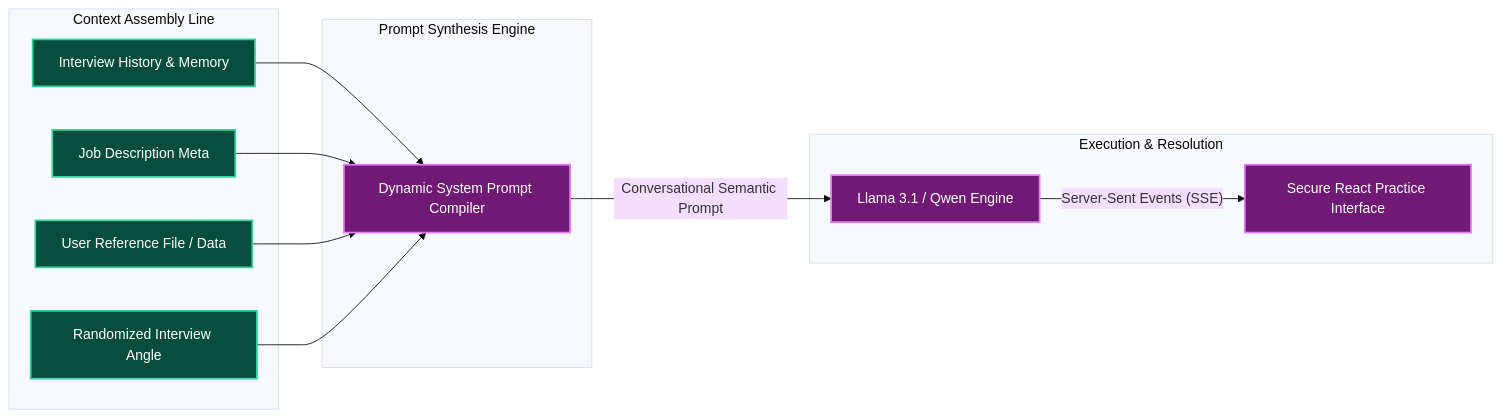
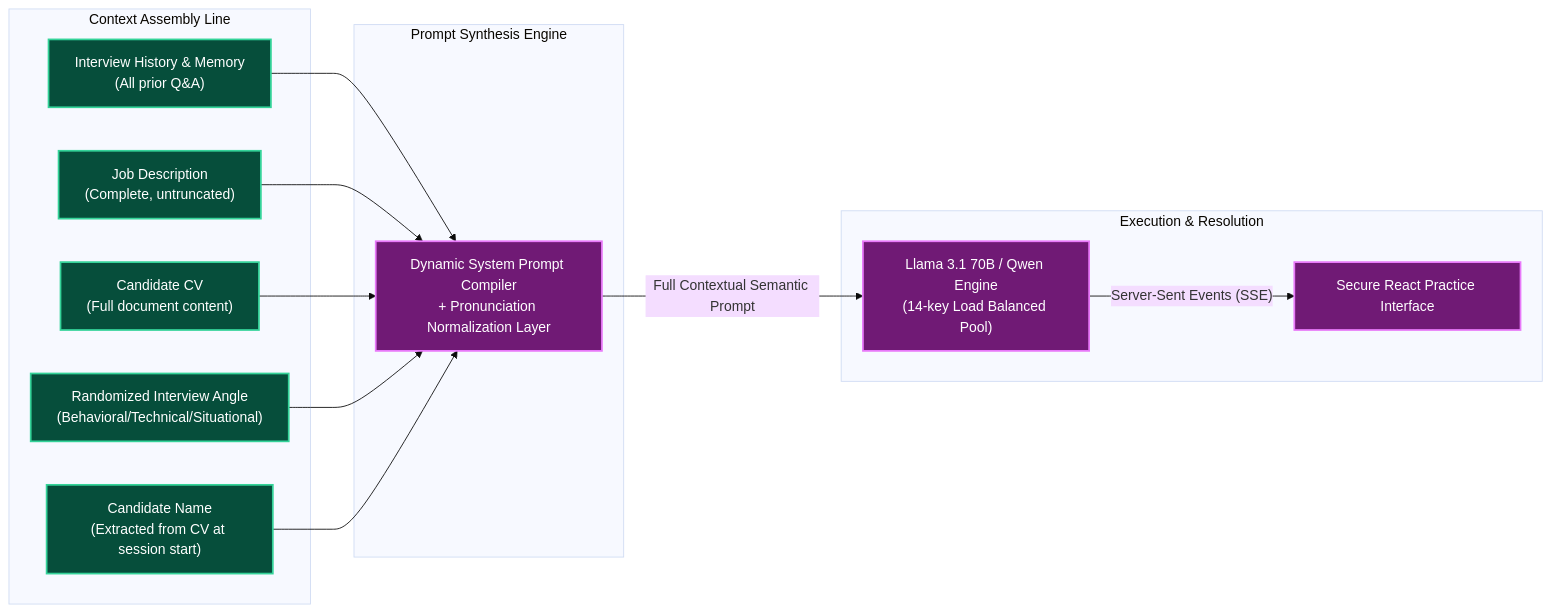
The fifth of 8 diagrams in README.md (ziademad02153/ZEDX-AI-Assistant), drawn with Mermaid (base theme) before and after one commit. The commit also changed other lines of this file, not shown here.

Commit message:
docs: Comprehensive README update with TTS routing, load balancing, and audio pipeline architecture

````diff
--- a/README.md
+++ b/README.md
@@ -129,30 +227,32 @@
 ```mermaid
 graph LR
     subgraph ContextAssemblyLine ["Context Assembly Line"]
-        HISTORY["Interview History & Memory"]
-        JD["Job Description Meta"]
-        RESUME["User Reference File / Data"]
-        ANGLE["Randomized Interview Angle"]
+        HISTORY["Interview History & Memory\n(All prior Q&A)"]
+        JD["Job Description\n(Complete, untruncated)"]
+        RESUME["Candidate CV\n(Full document content)"]
+        ANGLE["Randomized Interview Angle\n(Behavioral/Technical/Situational)"]
+        NAME["Candidate Name\n(Extracted from CV at session start)"]
     end
 
     subgraph PromptSynthesisEngine ["Prompt Synthesis Engine"]
-        COMPILER["Dynamic System Prompt Compiler"]
+        COMPILER["Dynamic System Prompt Compiler\n+ Pronunciation Normalization Layer"]
         HISTORY --> COMPILER
         JD --> COMPILER
         RESUME --> COMPILER
         ANGLE --> COMPILER
+        NAME --> COMPILER
     end
 
     subgraph ExecutionResolution ["Execution & Resolution"]
-        LLAMA["Llama 3.1 / Qwen Engine"]
+        LLAMA["Llama 3.1 70B / Qwen Engine\n(14-key Load Balanced Pool)"]
         UI["Secure React Practice Interface"]
-        COMPILER -- "Conversational Semantic Prompt" --> LLAMA
+        COMPILER -- "Full Contextual Semantic Prompt" --> LLAMA
         LLAMA -- "Server-Sent Events (SSE)" --> UI
     end
     
     classDef data fill:#064e3b,stroke:#34d399,stroke-width:2px,color:#fff;
     classDef engine fill:#701a75,stroke:#e879f9,stroke-width:2px,color:#fff;
     
-    class HISTORY,JD,RESUME,ANGLE data;
+    class HISTORY,JD,RESUME,ANGLE,NAME data;
     class COMPILER,LLAMA,UI engine;
 ```
````
